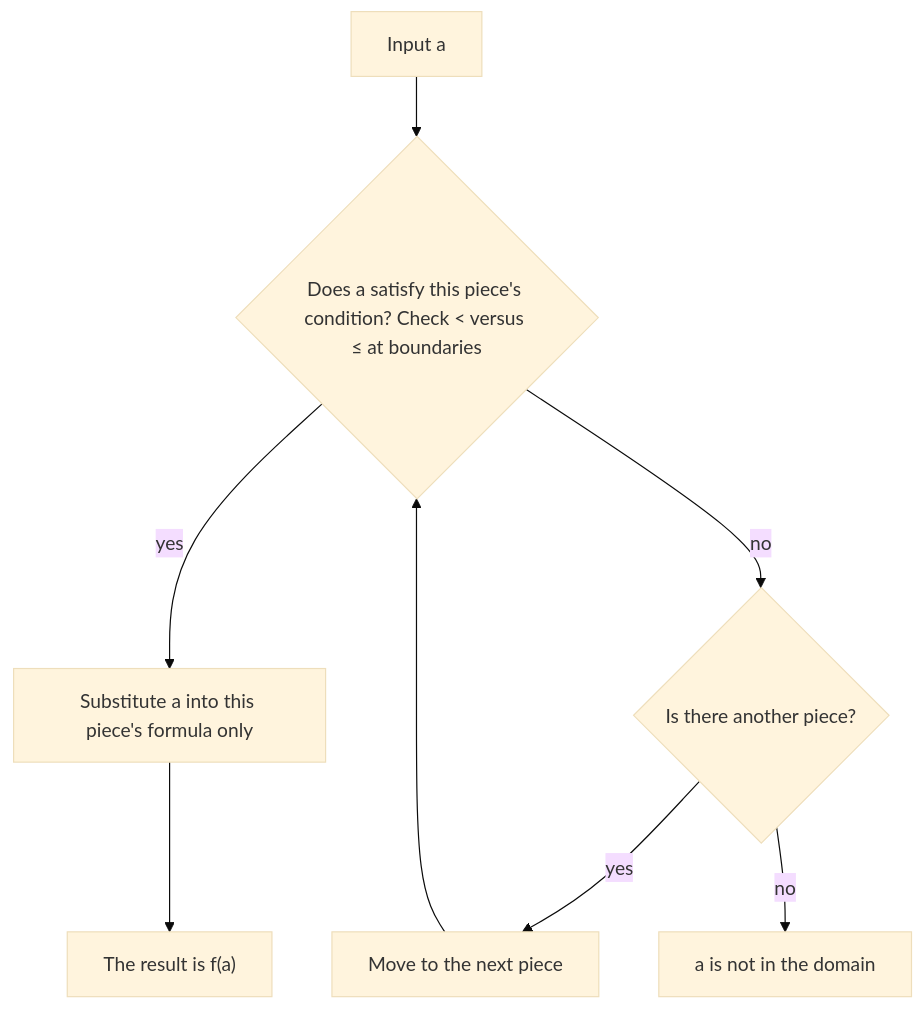
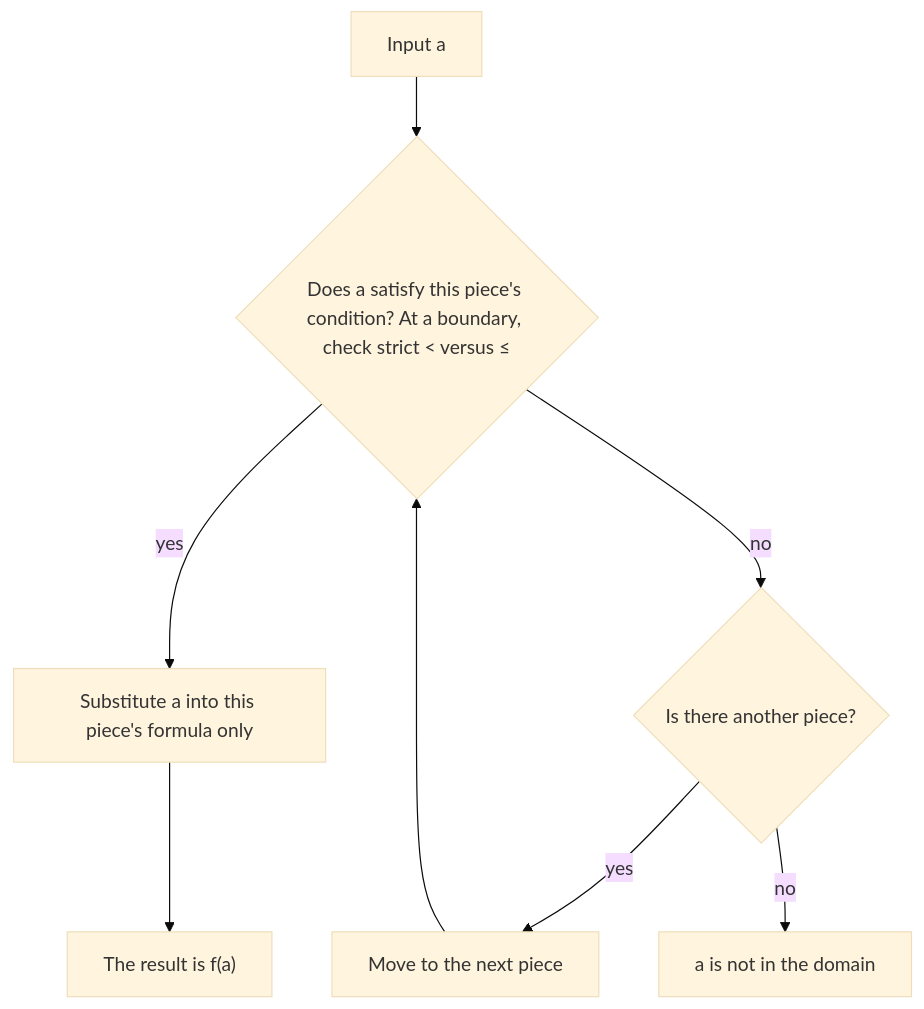
Before and after one commit to Aziliz/erudior: the diagram in content/math/algebra1/lessons/13-piecewise-functions.md, drawn with Mermaid (base theme). The commit also changed 10 other files, not shown here.

````diff
--- a/content/math/algebra1/lessons/13-piecewise-functions.md
+++ b/content/math/algebra1/lessons/13-piecewise-functions.md
@@ -28,12 +28,12 @@
 ```mermaid
 flowchart TD
   accTitle: Evaluating a piecewise function at an input a
   accDescr: Take the input a and look at the first piece's condition. If a satisfies it, substitute a into that piece's formula only, and the result is f(a). If not, ask whether there is another piece. If there is, move to the next piece and check its condition, paying attention at boundaries to whether the inequality is strict or includes the endpoint. If there are no more pieces, a is not in the domain.
-  A["Input a"] --> B{"Does a satisfy this piece's condition? Check < versus ≤ at boundaries"}
+  A["Input a"] --> B{"Does a satisfy this piece's condition? At a boundary, check strict #lt; versus ≤"}
   B -- yes --> C["Substitute a into this piece's formula only"]
   C --> D["The result is f(a)"]
   B -- no --> E{"Is there another piece?"}
   E -- yes --> F["Move to the next piece"]
   F --> B
   E -- no --> G["a is not in the domain"]
 ```
````
